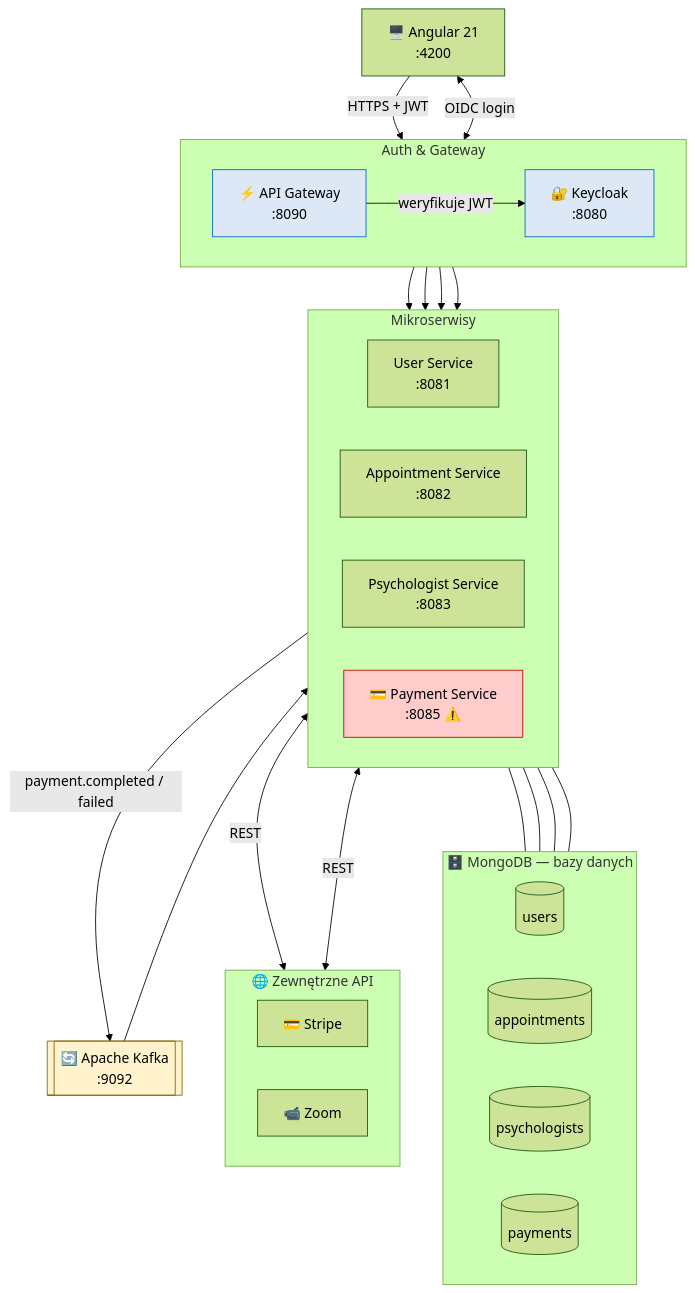
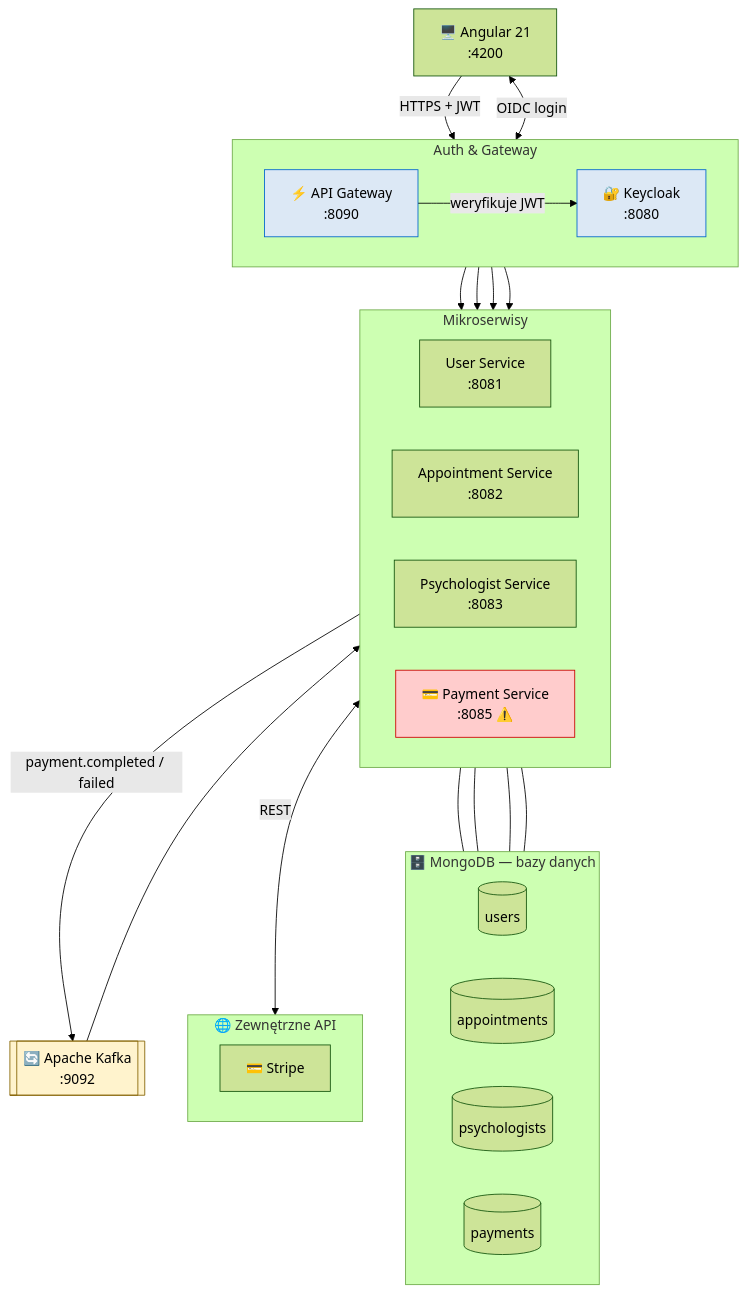
One commit to TheraLink1/thera-depr changed the first of 5 diagrams in docs/architecture-diagram.md. Above: the diagram before and after it, drawn with Mermaid (forest theme). The commit also changed other lines of this file and 7 other files, not shown here.

````diff
--- a/docs/architecture-diagram.md
+++ b/docs/architecture-diagram.md
@@ -12,55 +12,53 @@
 ```mermaid
 graph TB
     BROWSER["🖥️ Angular 21\n:4200"]
 
     subgraph AUTH_GW["Auth & Gateway"]
         direction LR
         KEYCLOAK["🔐 Keycloak\n:8080"]
         GATEWAY["⚡ API Gateway\n:8090"]
     end
 
     subgraph SERVICES["Mikroserwisy"]
         direction LR
         USER["User Service\n:8081"]
         APPT["Appointment Service\n:8082"]
         PSYCH["Psychologist Service\n:8083"]
         PAY["💳 Payment Service\n:8085 ⚠️"]
     end
 
     KAFKA[["🔄 Apache Kafka\n:9092"]]
 
     subgraph DBS["🗄️ MongoDB — bazy danych"]
         direction LR
         DB1[("users")]
         DB2[("appointments")]
         DB3[("psychologists")]
         DB5[("payments")]
     end
 
     subgraph EXT["🌐 Zewnętrzne API"]
         direction LR
         STRIPE["💳 Stripe"]
-        ZOOM["📹 Zoom"]
     end
 
     BROWSER -->|"HTTPS + JWT"| GATEWAY
     BROWSER <-->|"OIDC login"| KEYCLOAK
     GATEWAY -->|"weryfikuje JWT"| KEYCLOAK
     GATEWAY --> USER & APPT & PSYCH & PAY
 
     PAY -->|"payment.completed / failed"| KAFKA
     KAFKA --> APPT
 
     USER --- DB1
     APPT --- DB2
     PSYCH --- DB3
     PAY --- DB5
 
     PAY <-->|"REST"| STRIPE
-    APPT <-->|"REST"| ZOOM
 
     style PAY fill:#ffcccc,stroke:#cc0000
     style KAFKA fill:#fff3cd,stroke:#856404
     style KEYCLOAK fill:#dce8f5,stroke:#0066cc
     style GATEWAY fill:#dce8f5,stroke:#0066cc
 ```
````
